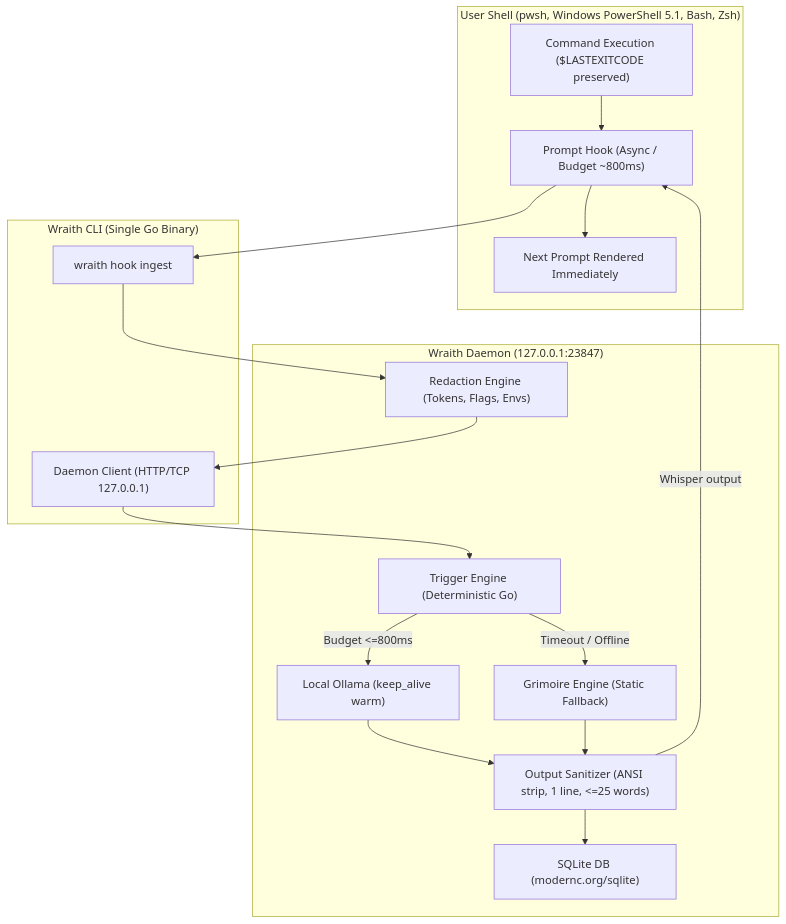
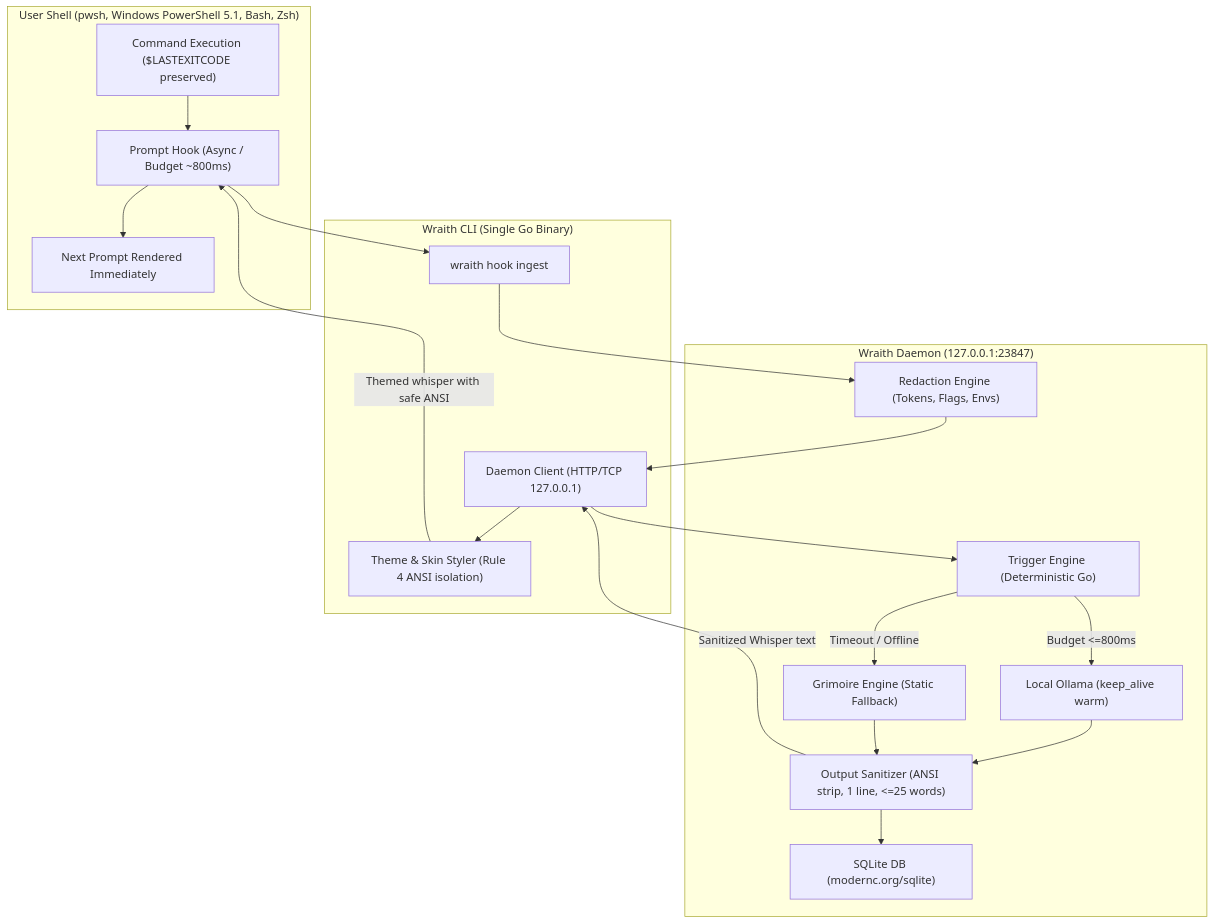
Before and after one commit to GhanshyamJha05/Wraith: the diagram in README.md, drawn with Mermaid. The commit also changed other lines of this file and 16 other files, not shown here.

````diff
--- a/README.md
+++ b/README.md
@@ -15,35 +54,38 @@
 ```mermaid
 flowchart TD
     subgraph Shell ["User Shell (pwsh, Windows PowerShell 5.1, Bash, Zsh)"]
         CMD["Command Execution ($LASTEXITCODE preserved)"]
         HOOK["Prompt Hook (Async / Budget ~800ms)"]
         PROMPT["Next Prompt Rendered Immediately"]
     end
 
     subgraph CLI ["Wraith CLI (Single Go Binary)"]
         CAPTURE["wraith hook ingest"]
         CLIENT["Daemon Client (HTTP/TCP 127.0.0.1)"]
+        STYLE["Theme & Skin Styler (Rule 4 ANSI isolation)"]
     end
 
     subgraph Daemon ["Wraith Daemon (127.0.0.1:23847)"]
         FILTER["Trigger Engine (Deterministic Go)"]
         MEM["SQLite DB (modernc.org/sqlite)"]
         REDACT["Redaction Engine (Tokens, Flags, Envs)"]
         OLLAMA["Local Ollama (keep_alive warm)"]
         GRIMOIRE["Grimoire Engine (Static Fallback)"]
         SANITIZE["Output Sanitizer (ANSI strip, 1 line, <=25 words)"]
     end
 
     CMD --> HOOK
     HOOK --> CAPTURE
     HOOK --> PROMPT
     CAPTURE --> REDACT
     REDACT --> CLIENT
     CLIENT --> FILTER
     FILTER -->|"Budget <=800ms"| OLLAMA
     FILTER -->|"Timeout / Offline"| GRIMOIRE
     OLLAMA --> SANITIZE
     GRIMOIRE --> SANITIZE
     SANITIZE --> MEM
-    SANITIZE -->|"Whisper output"| HOOK
+    SANITIZE -->|"Sanitized Whisper text"| CLIENT
+    CLIENT --> STYLE
+    STYLE -->|"Themed whisper with safe ANSI"| HOOK
 ```
````
